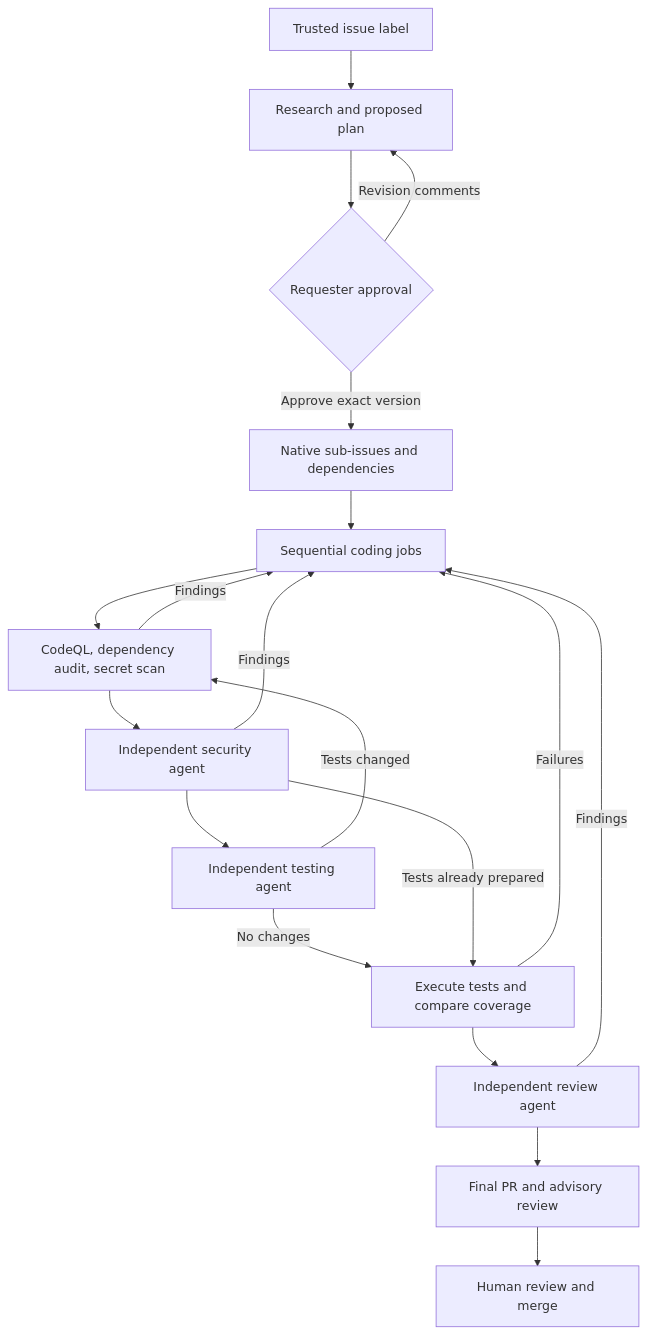
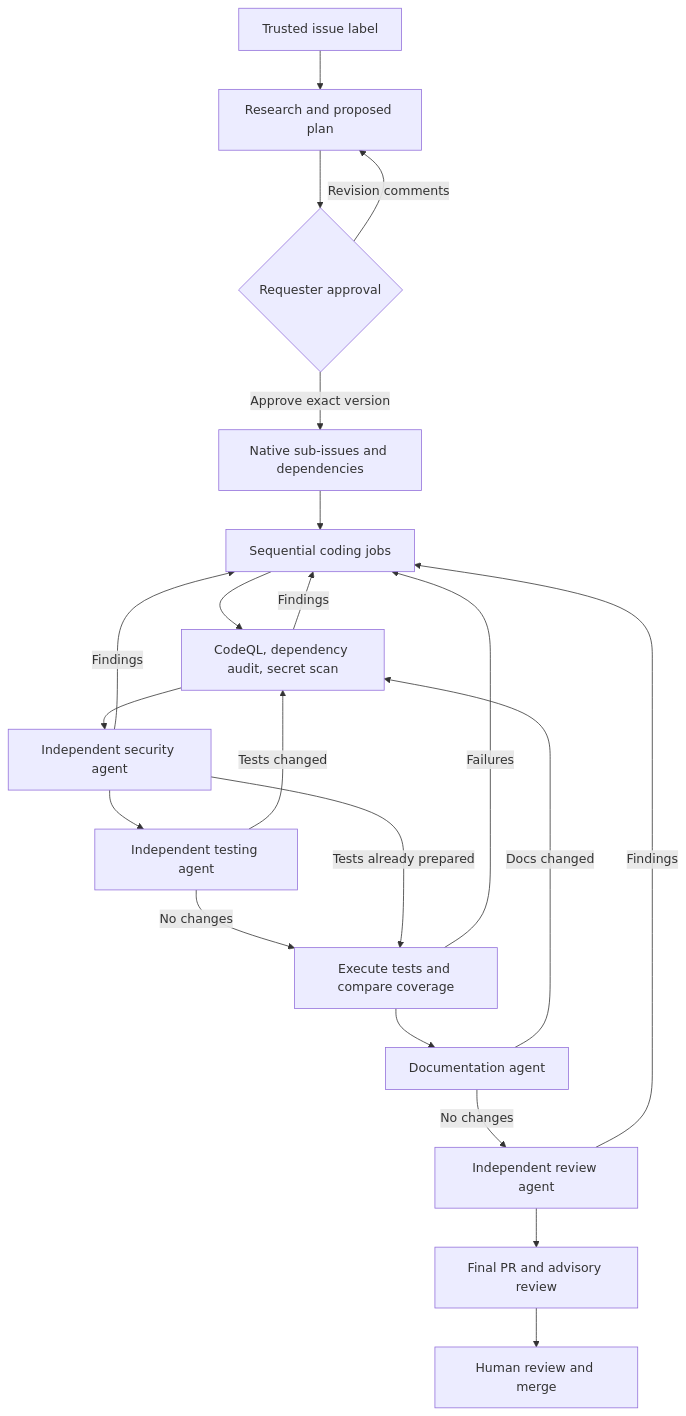
The diagram in README.md (dav1dc-cs-test-org/agentic-sdlc-prototype), drawn with Mermaid before and after one commit. The commit also changed 16 other files, not shown here.

````diff
--- a/README.md
+++ b/README.md
@@ -14,21 +14,23 @@
 ```mermaid
 flowchart TD
   issue[Trusted issue label] --> research[Research and proposed plan]
   research --> approval{Requester approval}
   approval -->|Revision comments| research
   approval -->|Approve exact version| tasks[Native sub-issues and dependencies]
   tasks --> coding[Sequential coding jobs]
   coding --> scans[CodeQL, dependency audit, secret scan]
   scans --> security[Independent security agent]
   security --> testing[Independent testing agent]
   testing -->|Tests changed| scans
   testing -->|No changes| validation[Execute tests and compare coverage]
   security -->|Tests already prepared| validation
-  validation --> review[Independent review agent]
+  validation --> documentation[Documentation agent]
+  documentation -->|Docs changed| scans
+  documentation -->|No changes| review[Independent review agent]
   review --> publication[Final PR and advisory review]
   publication --> human[Human review and merge]
   scans -->|Findings| coding
   security -->|Findings| coding
   validation -->|Failures| coding
   review -->|Findings| coding
 ```
````
